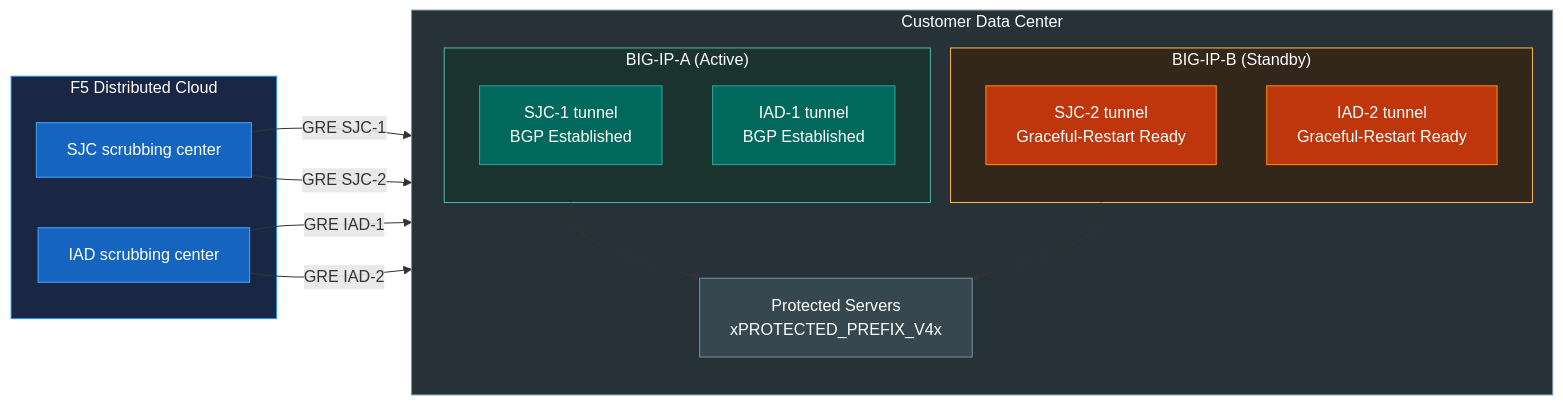
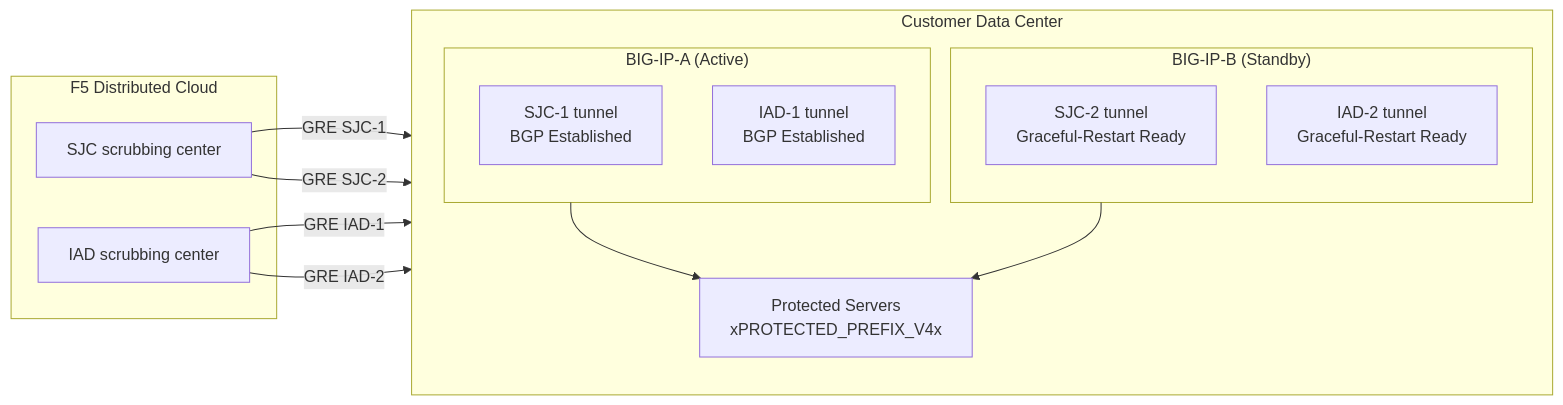
The fourth of 4 diagrams in docs/index.md (robinmordasiewicz/f5xc-bigip-ddos-gre), drawn with Mermaid before and after one commit. The commit also changed other lines of this file and 1 other file, not shown here.

First line of the commit message:
refactor: move mermaid diagram styles to stylesheet

````diff
--- a/docs/index.md
+++ b/docs/index.md
@@ -933,39 +905,27 @@
 ```mermaid
 flowchart LR
     subgraph F5XC["F5 Distributed Cloud"]
         SJC["SJC scrubbing center"]
         IAD["IAD scrubbing center"]
     end
 
     subgraph DC["Customer Data Center"]
         direction TB
         subgraph UNITA["BIG-IP-A (Active)"]
             A_SJC["SJC-1 tunnel<br/>BGP Established"]
             A_IAD["IAD-1 tunnel<br/>BGP Established"]
         end
         subgraph UNITB["BIG-IP-B (Standby)"]
             B_SJC["SJC-2 tunnel<br/>Graceful-Restart Ready"]
             B_IAD["IAD-2 tunnel<br/>Graceful-Restart Ready"]
         end
         SERVERS["Protected Servers<br/>xPROTECTED_PREFIX_V4x"]
     end
 
     SJC -- "GRE SJC-1" --> A_SJC
     IAD -- "GRE IAD-1" --> A_IAD
     SJC -- "GRE SJC-2" --> B_SJC
     IAD -- "GRE IAD-2" --> B_IAD
     UNITA --> SERVERS
     UNITB --> SERVERS
-
-    style SJC fill:#1565C0,color:#fff,stroke:#42A5F5
-    style IAD fill:#1565C0,color:#fff,stroke:#42A5F5
-    style A_SJC fill:#00695C,color:#fff,stroke:#26A69A
-    style A_IAD fill:#00695C,color:#fff,stroke:#26A69A
-    style B_SJC fill:#BF360C,color:#fff,stroke:#FF8F00
-    style B_IAD fill:#BF360C,color:#fff,stroke:#FF8F00
-    style SERVERS fill:#37474F,color:#fff,stroke:#78909C
-    style UNITA fill:#1A332D,stroke:#4DB6AC,color:#fff
-    style UNITB fill:#33261A,stroke:#FFB74D,color:#fff
-    style DC fill:#263238,stroke:#78909C,color:#fff
-    style F5XC fill:#1A2744,stroke:#2196F3,color:#fff
 ```
````
